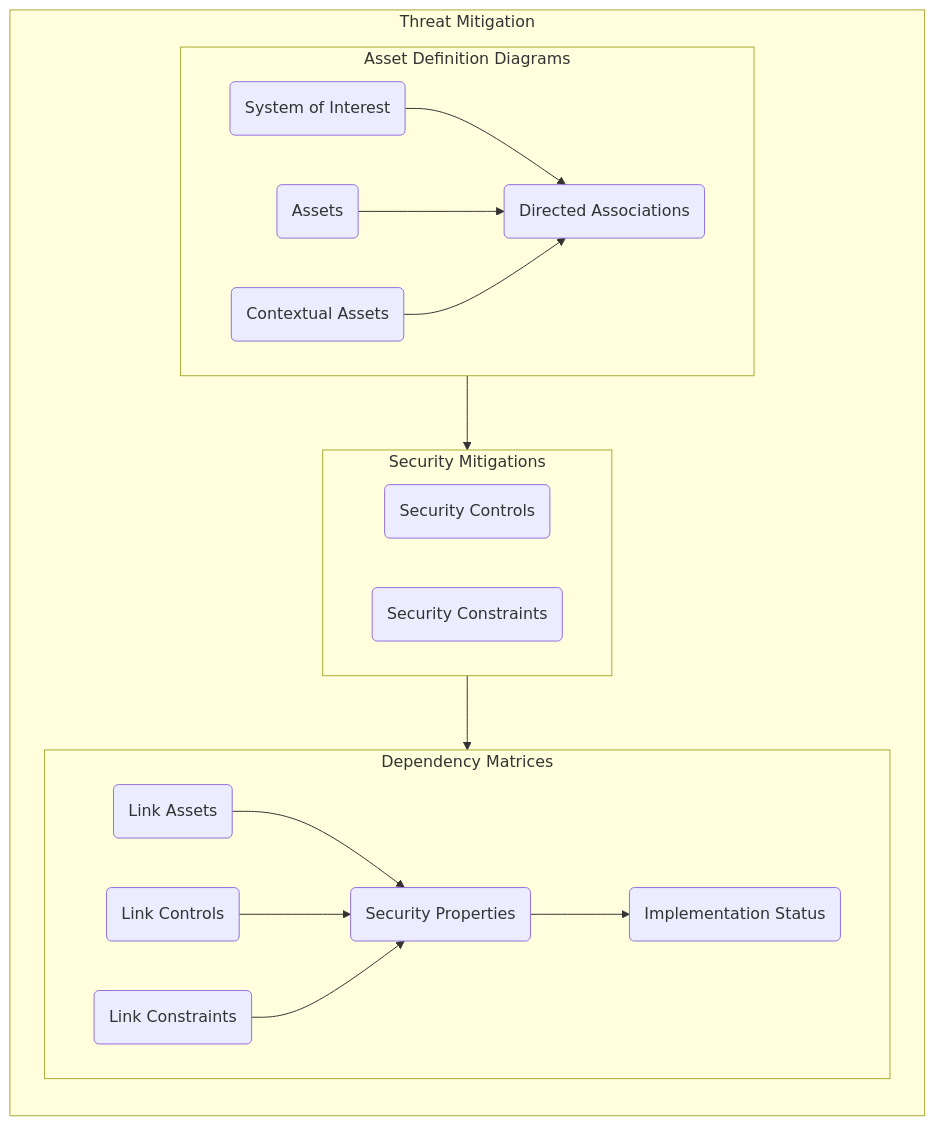
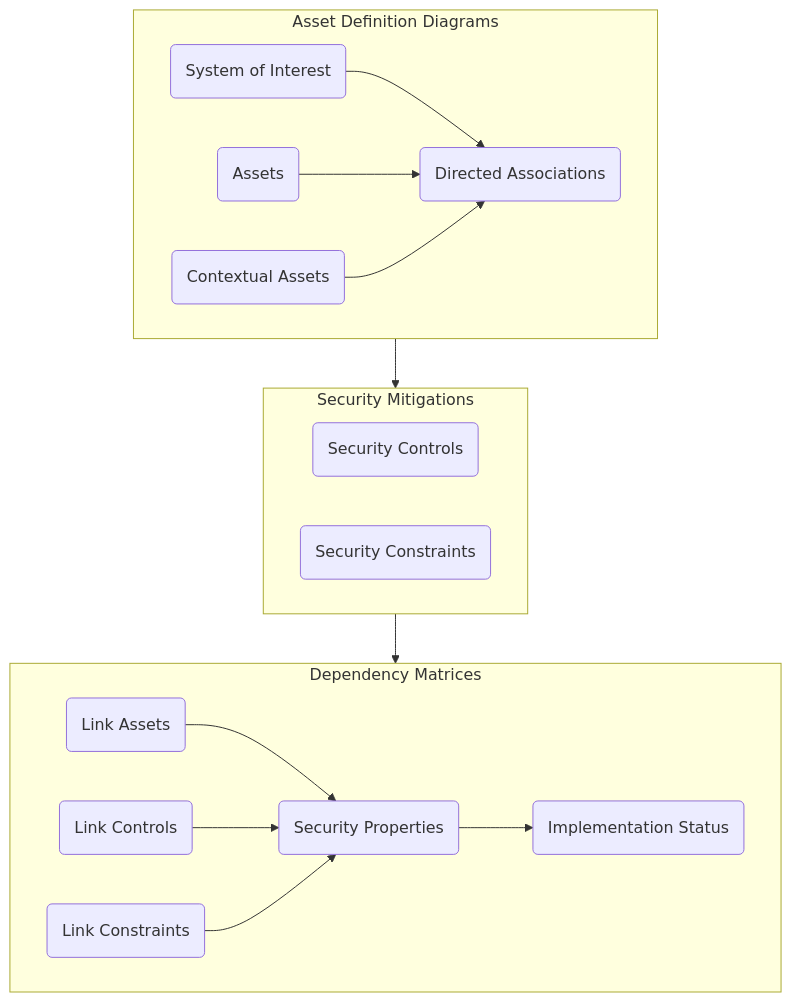
One commit to stuartfowler/CEMT changed the third of 4 diagrams in README.md. Above: the diagram before and after it, drawn with Mermaid. The commit also changed other lines of this file and 17 other files, not shown here.

````diff
--- a/README.md
+++ b/README.md
@@ -169,22 +167,19 @@
 ```mermaid
 flowchart TB
-
-  subgraph TMi["Threat Mitigation"]
     direction TB
     subgraph 4["Asset Definition Diagrams"]
       4a("System of Interest") --> 4d("Directed Associations")
       4b("Assets") --> 4d
       4c("Contextual Assets") --> 4d
     end
     subgraph 6["Security Mitigations"]
       6a("Security Controls")
       6c("Security Constraints")
     end
     subgraph 5["Dependency Matrices"]
       5d("Link Assets") --> 5c("Security Properties") --> 5g("Implementation Status")
       5b("Link Controls") --> 5c
       5f("Link Constraints") --> 5c
     end
     4 --> 6 --> 5
-  end
 ```
````
